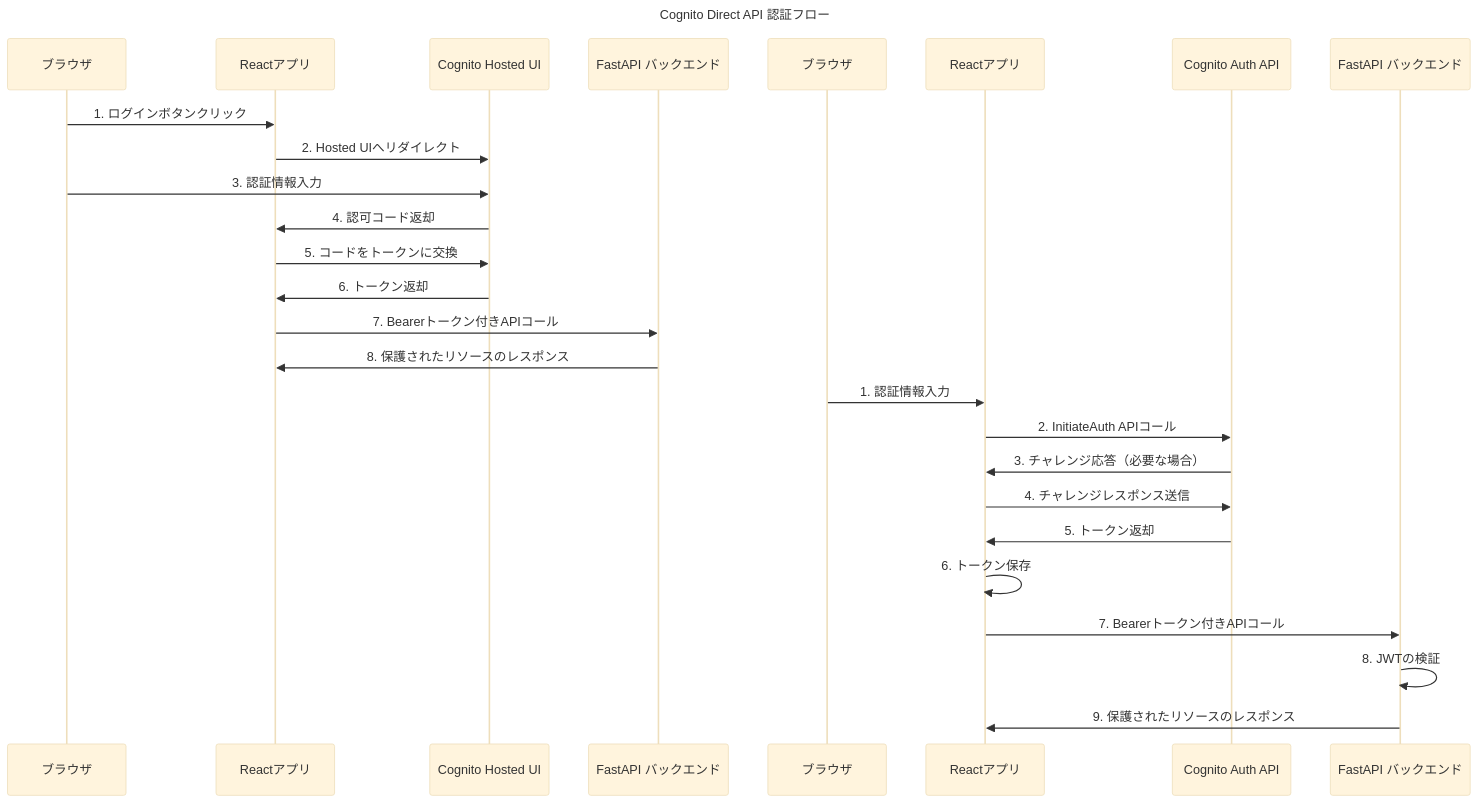
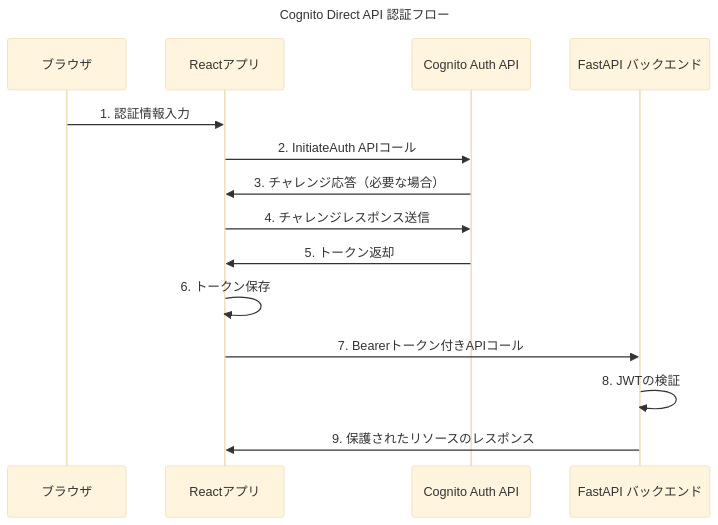
One commit to ZenQuestX/docs changed the second of 2 diagrams in 認証フローのシーケンス図.md. Above: the diagram before and after it, drawn with Mermaid (base theme).

````diff
--- a/認証フローのシーケンス図.md
+++ b/認証フローのシーケンス図.md
@@ -22,33 +40,19 @@
 ```mermaid
 sequenceDiagram
-    title Cognito Hosted UI 認証フロー
+    title Cognito Direct API 認証フロー
     participant Browser as ブラウザ
     participant React as Reactアプリ
-    participant Cognito as Cognito Hosted UI
+    participant CognitoAPI as Cognito Auth API
     participant API as FastAPI バックエンド
 
-    Browser->>React: 1. ログインボタンクリック
-    React->>Cognito: 2. Hosted UIへリダイレクト
-    Browser->>Cognito: 3. 認証情報入力
-    Cognito->>React: 4. 認可コード返却
-    React->>Cognito: 5. コードをトークンに交換
-    Cognito->>React: 6. トークン返却
+    Browser->>React: 1. 認証情報入力
+    React->>CognitoAPI: 2. InitiateAuth APIコール
+    CognitoAPI->>React: 3. チャレンジ応答（必要な場合）
+    React->>CognitoAPI: 4. チャレンジレスポンス送信
+    CognitoAPI->>React: 5. トークン返却
+    React->>React: 6. トークン保存
     React->>API: 7. Bearerトークン付きAPIコール
-    API->>React: 8. 保護されたリソースのレスポンス
+    API->>API: 8. JWTの検証
+    API->>React: 9. 保護されたリソースのレスポンス
 
-    title Cognito Direct API 認証フロー
-    participant Browser2 as ブラウザ
-    participant React2 as Reactアプリ
-    participant CognitoAPI as Cognito Auth API
-    participant API2 as FastAPI バックエンド
-
-    Browser2->>React2: 1. 認証情報入力
-    React2->>CognitoAPI: 2. InitiateAuth APIコール
-    CognitoAPI->>React2: 3. チャレンジ応答（必要な場合）
-    React2->>CognitoAPI: 4. チャレンジレスポンス送信
-    CognitoAPI->>React2: 5. トークン返却
-    React2->>React2: 6. トークン保存
-    React2->>API2: 7. Bearerトークン付きAPIコール
-    API2->>API2: 8. JWTの検証
-    API2->>React2: 9. 保護されたリソースのレスポンス
 ```
````
